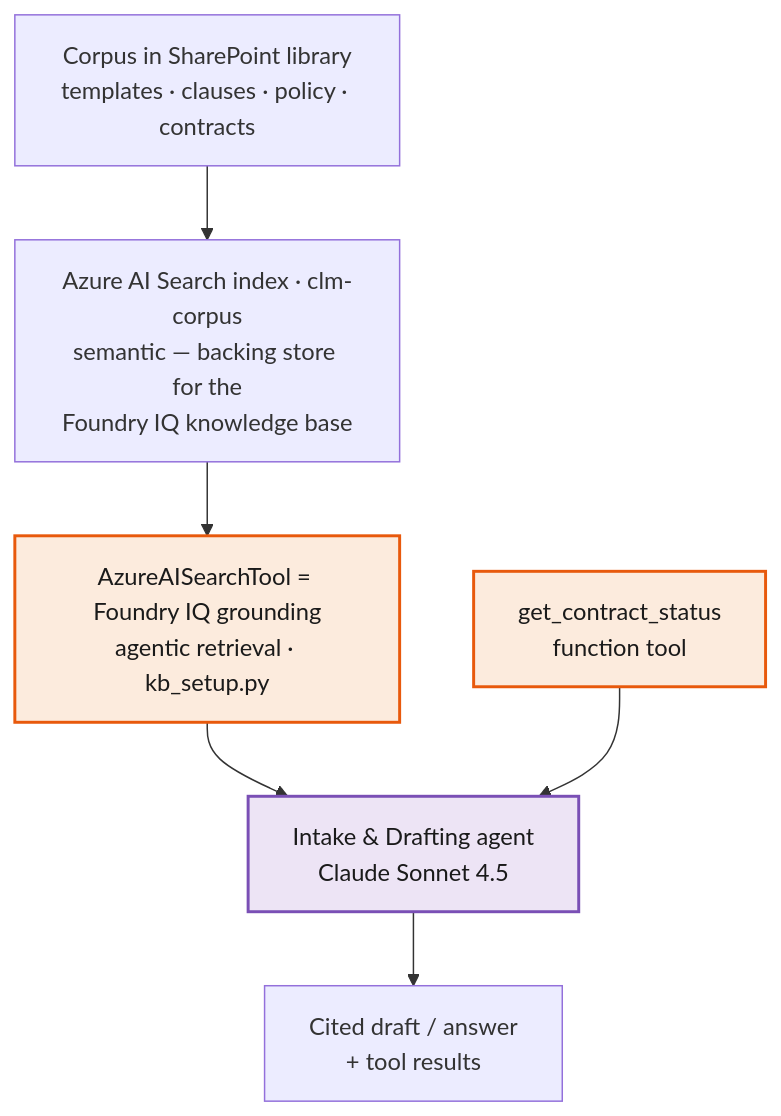
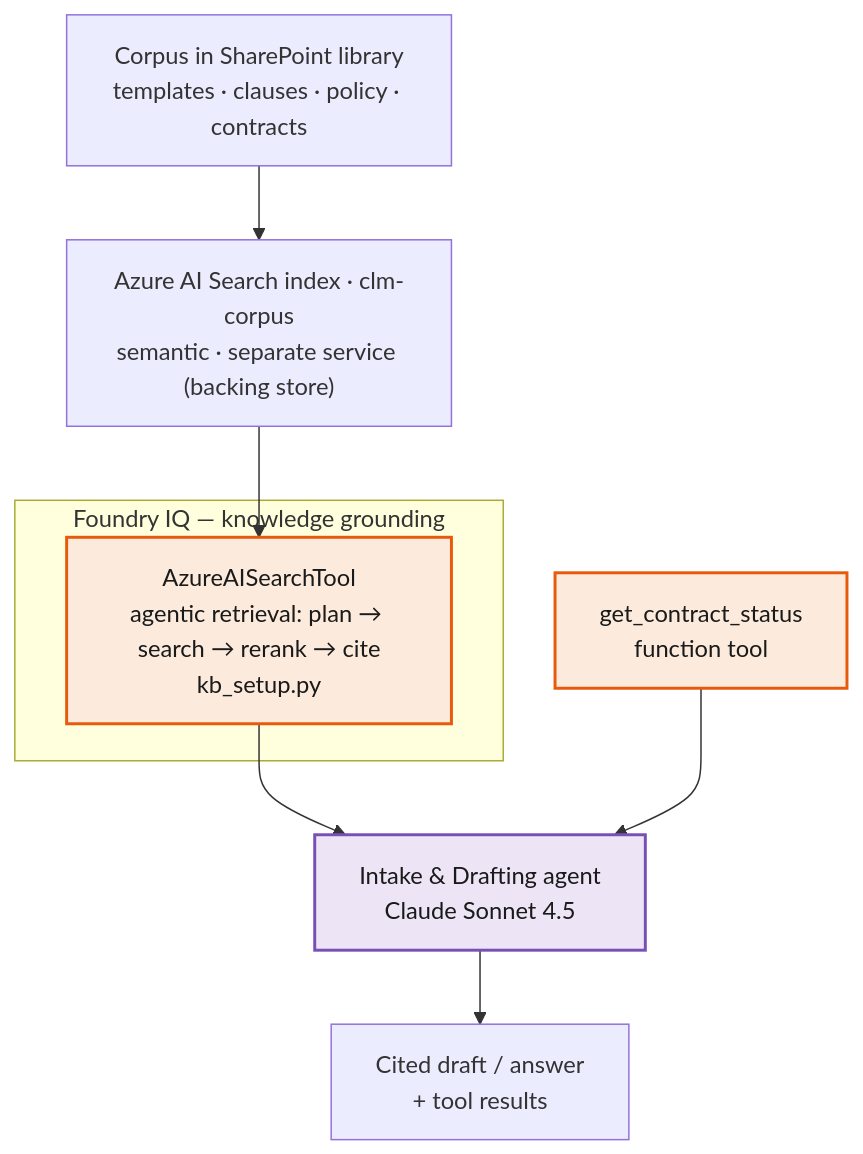
One commit to glejdis/microhack-aiagents changed the diagram in challenge-1/README.md. Above: the diagram before and after it, drawn with Mermaid.

Commit message:
docs(challenge-1): wrap the grounding tool in a Foundry IQ boundary
Add a "Foundry IQ — knowledge grounding" subgraph around the AzureAISearchTool
(agentic retrieval), keeping the Azure AI Search index OUTSIDE as the separate
backing-store service it actually is. This makes the boundary accurate: Foundry
IQ is the grounding layer that queries Azure AI Search, not a wrapper that owns
the AI Search service.

Copilot-Session: cdcf2e30-5195-431d-9519-1afcb98dcf0d

````diff
--- a/challenge-1/README.md
+++ b/challenge-1/README.md
@@ -55,11 +55,14 @@
 ```mermaid
 flowchart TB
-  A["Corpus in SharePoint library<br/>templates · clauses · policy · contracts"] --> B["Azure AI Search index · clm-corpus<br/>semantic — backing store for the<br/>Foundry IQ knowledge base"]
-  B --> D["AzureAISearchTool = Foundry IQ grounding<br/>agentic retrieval · kb_setup.py"]
+  A["Corpus in SharePoint library<br/>templates · clauses · policy · contracts"] --> B["Azure AI Search index · clm-corpus<br/>semantic · separate service (backing store)"]
+  B --> D
+  subgraph IQ["Foundry IQ — knowledge grounding"]
+    D["AzureAISearchTool<br/>agentic retrieval: plan → search → rerank → cite<br/>kb_setup.py"]
+  end
   D --> E["Intake &amp; Drafting agent<br/>Claude Sonnet 4.5"]
   F["get_contract_status<br/>function tool"] --> E
   E --> G["Cited draft / answer<br/>+ tool results"]
+  style D fill:#FCEBDD,stroke:#E8590C,stroke-width:2px,color:#1A1A1A
   style E fill:#EDE4F5,stroke:#7A4FB5,stroke-width:2px,color:#1A1A1A
-  style D fill:#FCEBDD,stroke:#E8590C,stroke-width:2px,color:#1A1A1A
   style F fill:#FCEBDD,stroke:#E8590C,stroke-width:2px,color:#1A1A1A
 ```
````
